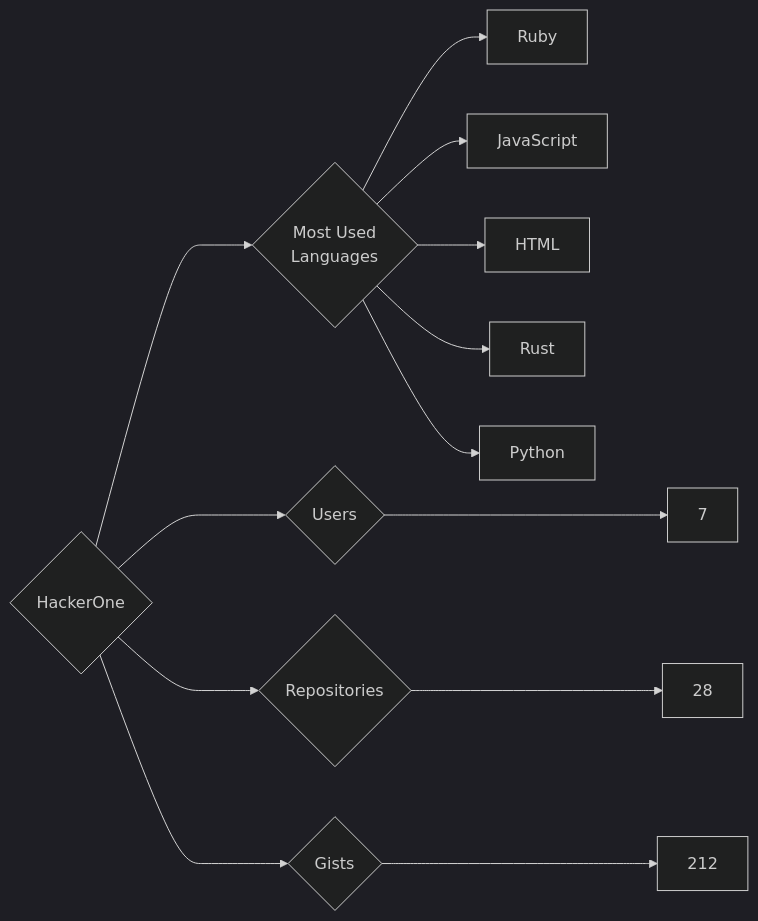
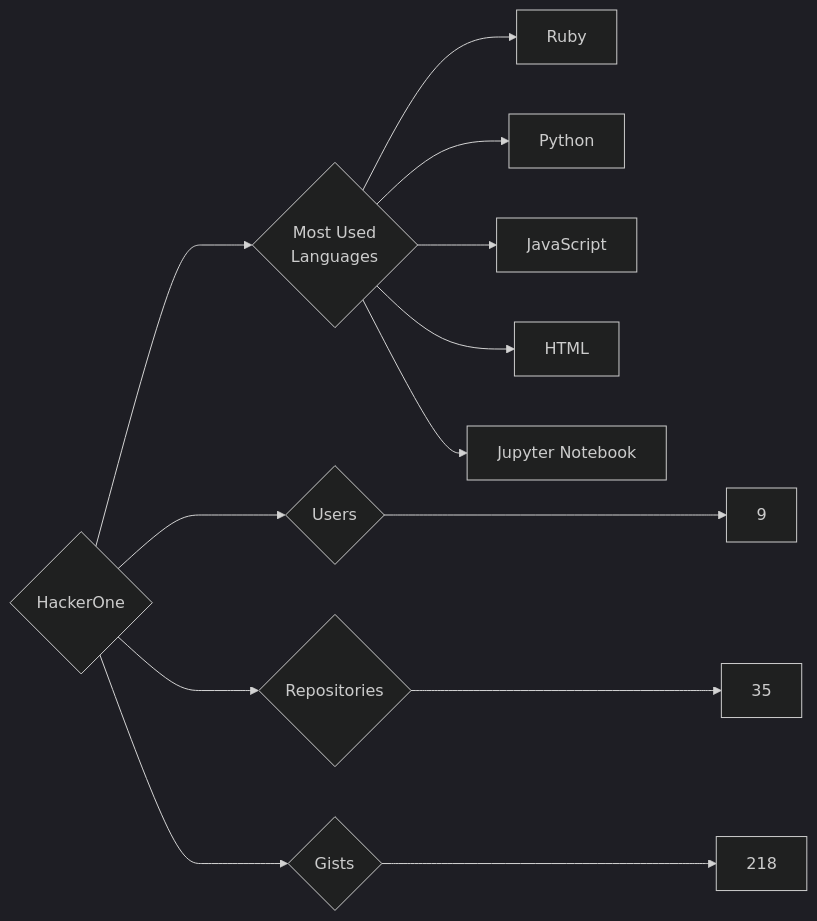
The diagram in targets/HackerOne/README.md (trickest/insiders), drawn with Mermaid (dark theme) before and after one commit. The commit also changed 559 other files, not shown here.

````diff
--- a/targets/HackerOne/README.md
+++ b/targets/HackerOne/README.md
@@ -3,13 +3,13 @@
 ```mermaid
 graph LR
 COMPANY_NAME{HackerOne}
-COMPANY_NAME ---> U{Users} ---> UN[7]
-COMPANY_NAME ---> R{Repositories} ---> RN[28]
-COMPANY_NAME ---> G{Gists} ---> GN[212]
+COMPANY_NAME ---> U{Users} ---> UN[9]
+COMPANY_NAME ---> R{Repositories} ---> RN[35]
+COMPANY_NAME ---> G{Gists} ---> GN[218]
 COMPANY_NAME ---> ML{Most Used<br>Languages}
 ML --> Ruby[Ruby]
+ML --> Python[Python]
 ML --> JavaScript[JavaScript]
 ML --> HTML[HTML]
-ML --> Rust[Rust]
-ML --> Python[Python]
+ML --> Jupyter_Notebook[Jupyter Notebook]
 ```
````
